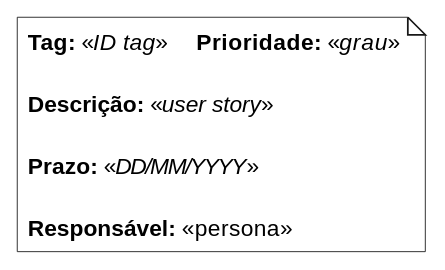
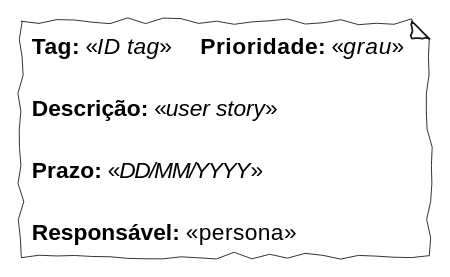
The first of 7 diagrams in Kanban/Cards.md (GiovaniPM/MyCourses), drawn with PlantUML before and after one commit. The commit also changed other lines of this file and 1 other file, not shown here.

````diff
--- a/Kanban/Cards.md
+++ b/Kanban/Cards.md
@@ -55,13 +55,14 @@
 ```plantuml
 @startuml
+skinparam handwritten true
 note as N1 #white
   **Tag:** <<//ID tag//>>     **Prioridade:** <<//grau//>>
 
   **Descrição:** <<//user story//>>
 
   **Prazo:** <<//DD/MM/YYYY//>>
 
   **Responsável:** <<persona>>
 end note
 @enduml
 ```
````
